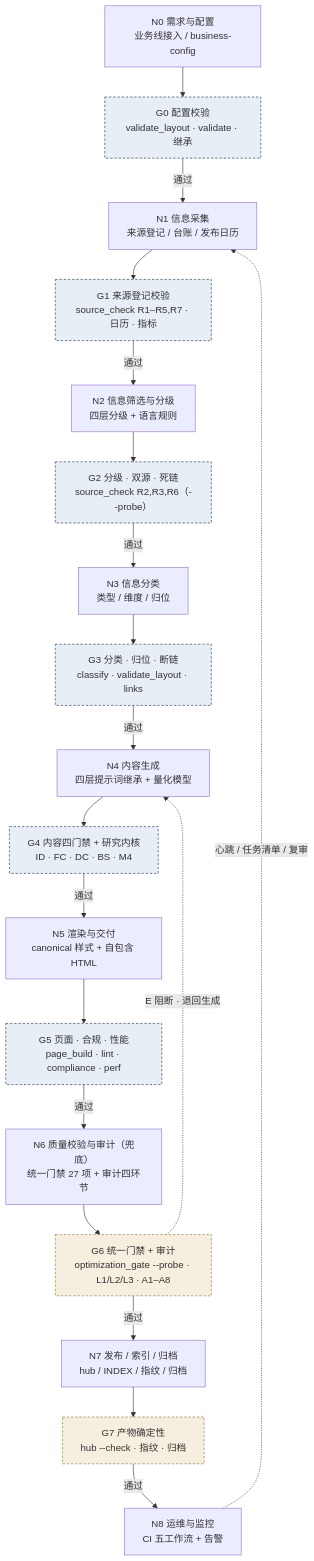
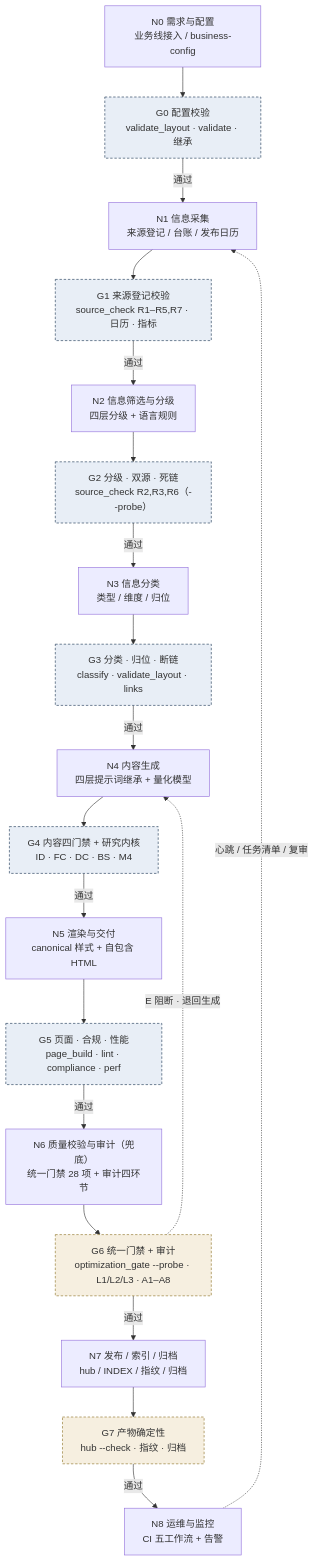
Before and after one commit to hmbphxkw76-byte/tech-context-digest: the first of 4 diagrams in engine/docs/report-pipeline-system.md, drawn with Mermaid. The commit also changed other lines of this file and 27 other files, not shown here.

````diff
--- a/engine/docs/report-pipeline-system.md
+++ b/engine/docs/report-pipeline-system.md
@@ -28,25 +28,25 @@
 ```mermaid
 flowchart TD
     N0["N0 需求与配置<br/>业务线接入 / business-config"] --> G0["G0 配置校验<br/>validate_layout · validate · 继承"]
     G0 -->|通过| N1["N1 信息采集<br/>来源登记 / 台账 / 发布日历"]
     N1 --> G1["G1 来源登记校验<br/>source_check R1–R5,R7 · 日历 · 指标"]
     G1 -->|通过| N2["N2 信息筛选与分级<br/>四层分级 + 语言规则"]
     N2 --> G2["G2 分级 · 双源 · 死链<br/>source_check R2,R3,R6（--probe）"]
     G2 -->|通过| N3["N3 信息分类<br/>类型 / 维度 / 归位"]
     N3 --> G3["G3 分类 · 归位 · 断链<br/>classify · validate_layout · links"]
     G3 -->|通过| N4["N4 内容生成<br/>四层提示词继承 + 量化模型"]
     N4 --> G4["G4 内容四门禁 + 研究内核<br/>ID · FC · DC · BS · M4"]
     G4 -->|通过| N5["N5 渲染与交付<br/>canonical 样式 + 自包含 HTML"]
     N5 --> G5["G5 页面 · 合规 · 性能<br/>page_build · lint · compliance · perf"]
-    G5 -->|通过| N6["N6 质量校验与审计（兜底）<br/>统一门禁 27 项 + 审计四环节"]
+    G5 -->|通过| N6["N6 质量校验与审计（兜底）<br/>统一门禁 28 项 + 审计四环节"]
     N6 --> G6["G6 统一门禁 + 审计<br/>optimization_gate --probe · L1/L2/L3 · A1–A8"]
     G6 -->|通过| N7["N7 发布 / 索引 / 归档<br/>hub / INDEX / 指纹 / 归档"]
     N7 --> G7["G7 产物确定性<br/>hub --check · 指纹 · 归档"]
     G7 -->|通过| N8["N8 运维与监控<br/>CI 五工作流 + 告警"]
     N8 -. "心跳 / 任务清单 / 复审" .-> N1
     G6 -. "E 阻断 · 退回生成" .-> N4
     classDef shift fill:#e8eef6,stroke:#16324f,stroke-dasharray:4 3;
     classDef backstop fill:#f6efe0,stroke:#8a6d1f,stroke-dasharray:4 3;
     class G0,G1,G2,G3,G4,G5 shift;
     class G6,G7,G8 backstop;
 ```
````
